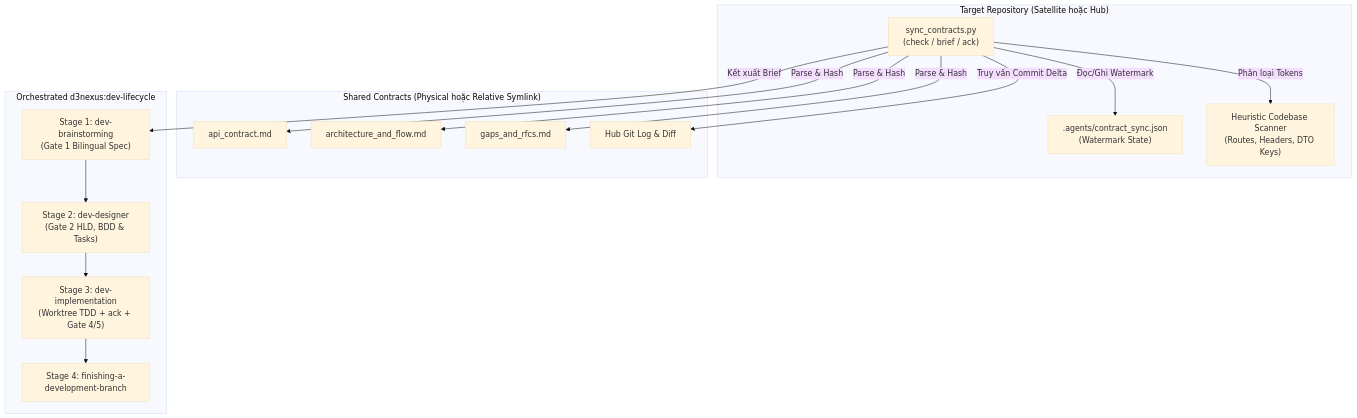
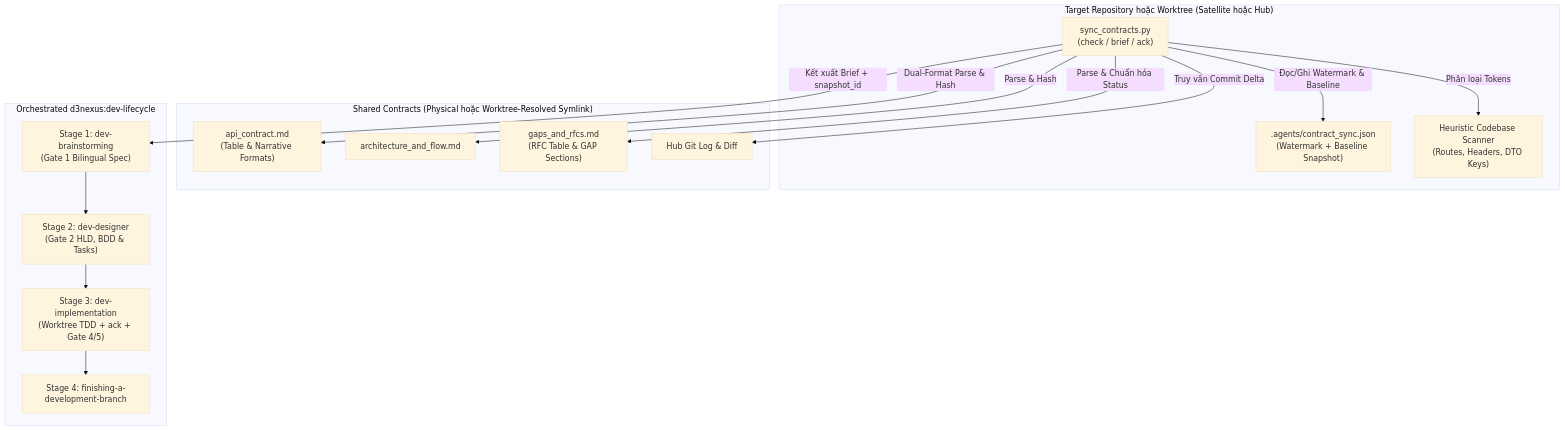
The first of 3 diagrams in .devtool/epic/sync_shared_contracts/sync_shared_contracts.vi.md (DanhDue/ai-agent-tools), drawn with Mermaid (base theme) before and after one commit. The commit also changed other lines of this file and 13 other files, not shown here.

First line of the commit message:
[SYNC_SHARED_CONTRACTS] Revise epic after Principal Review round 1

````diff
--- a/.devtool/epic/sync_shared_contracts/sync_shared_contracts.vi.md
+++ b/.devtool/epic/sync_shared_contracts/sync_shared_contracts.vi.md
@@ -58,31 +61,31 @@
 ```mermaid
 flowchart TD
-    subgraph TARGET ["Target Repository (Satellite hoặc Hub)"]
+    subgraph TARGET ["Target Repository hoặc Worktree (Satellite hoặc Hub)"]
         CLI["sync_contracts.py<br/>(check / brief / ack)"]
-        STATE[".agents/contract_sync.json<br/>(Watermark State)"]
+        STATE[".agents/contract_sync.json<br/>(Watermark + Baseline Snapshot)"]
         SCAN["Heuristic Codebase Scanner<br/>(Routes, Headers, DTO Keys)"]
     end
 
-    subgraph CONTRACT ["Shared Contracts (Physical hoặc Relative Symlink)"]
-        C_API["api_contract.md"]
+    subgraph CONTRACT ["Shared Contracts (Physical hoặc Worktree-Resolved Symlink)"]
+        C_API["api_contract.md<br/>(Table & Narrative Formats)"]
         C_ARCH["architecture_and_flow.md"]
-        C_RFC["gaps_and_rfcs.md"]
+        C_RFC["gaps_and_rfcs.md<br/>(RFC Table & GAP Sections)"]
         H_GIT["Hub Git Log & Diff"]
     end
 
     subgraph LIFECYCLE ["Orchestrated d3nexus:dev-lifecycle"]
         L_S1["Stage 1: dev-brainstorming<br/>(Gate 1 Bilingual Spec)"]
         L_S2["Stage 2: dev-designer<br/>(Gate 2 HLD, BDD & Tasks)"]
         L_S3["Stage 3: dev-implementation<br/>(Worktree TDD + ack + Gate 4/5)"]
         L_S4["Stage 4: finishing-a-development-branch"]
     end
 
-    CLI -->|"Đọc/Ghi Watermark"| STATE
-    CLI -->|"Parse & Hash"| C_API
+    CLI -->|"Đọc/Ghi Watermark & Baseline"| STATE
+    CLI -->|"Dual-Format Parse & Hash"| C_API
     CLI -->|"Parse & Hash"| C_ARCH
-    CLI -->|"Parse & Hash"| C_RFC
+    CLI -->|"Parse & Chuẩn hóa Status"| C_RFC
     CLI -->|"Truy vấn Commit Delta"| H_GIT
     CLI -->|"Phân loại Tokens"| SCAN
-    CLI -->|"Kết xuất Brief"| L_S1
+    CLI -->|"Kết xuất Brief + snapshot_id"| L_S1
     L_S1 --> L_S2 --> L_S3 --> L_S4
 ```
````
